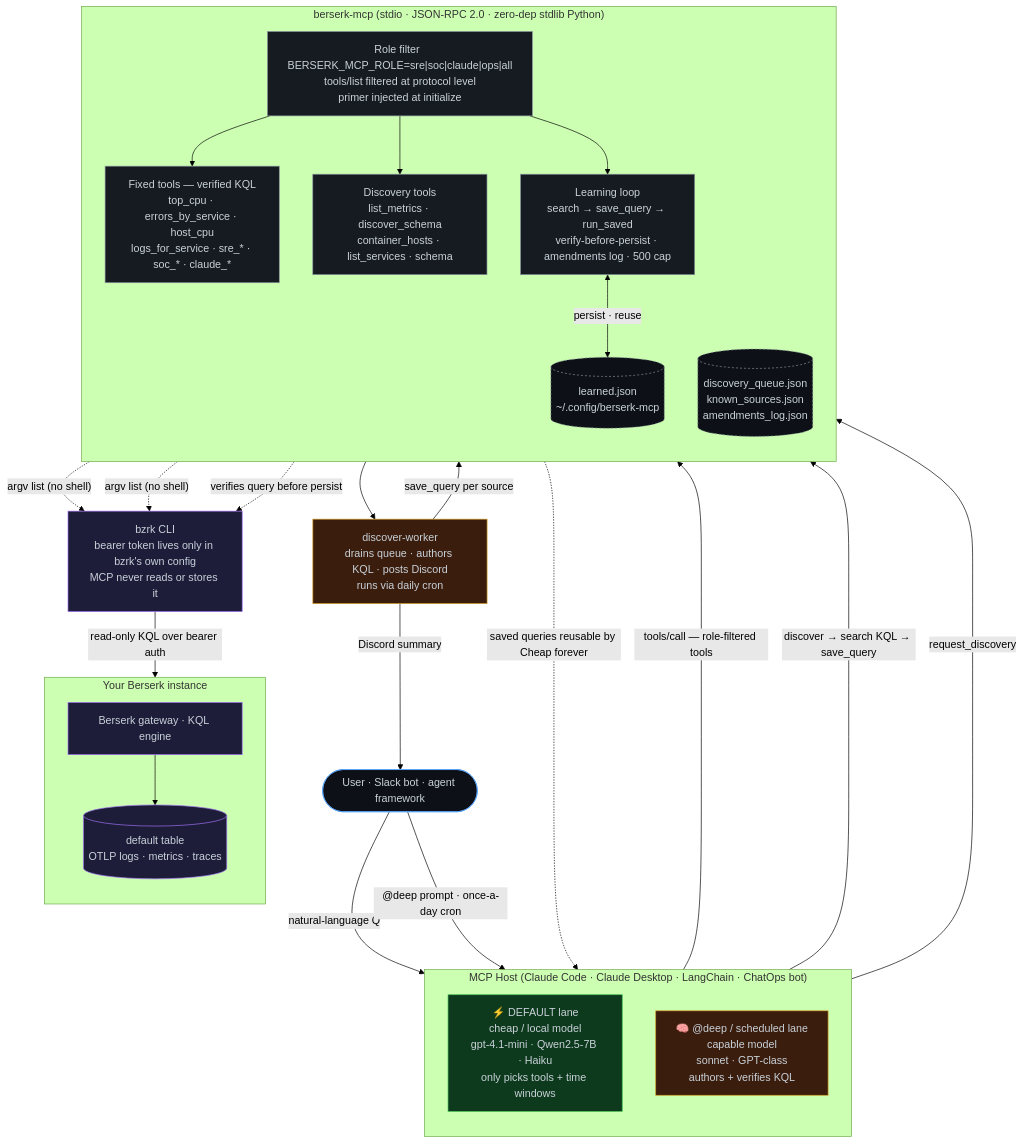
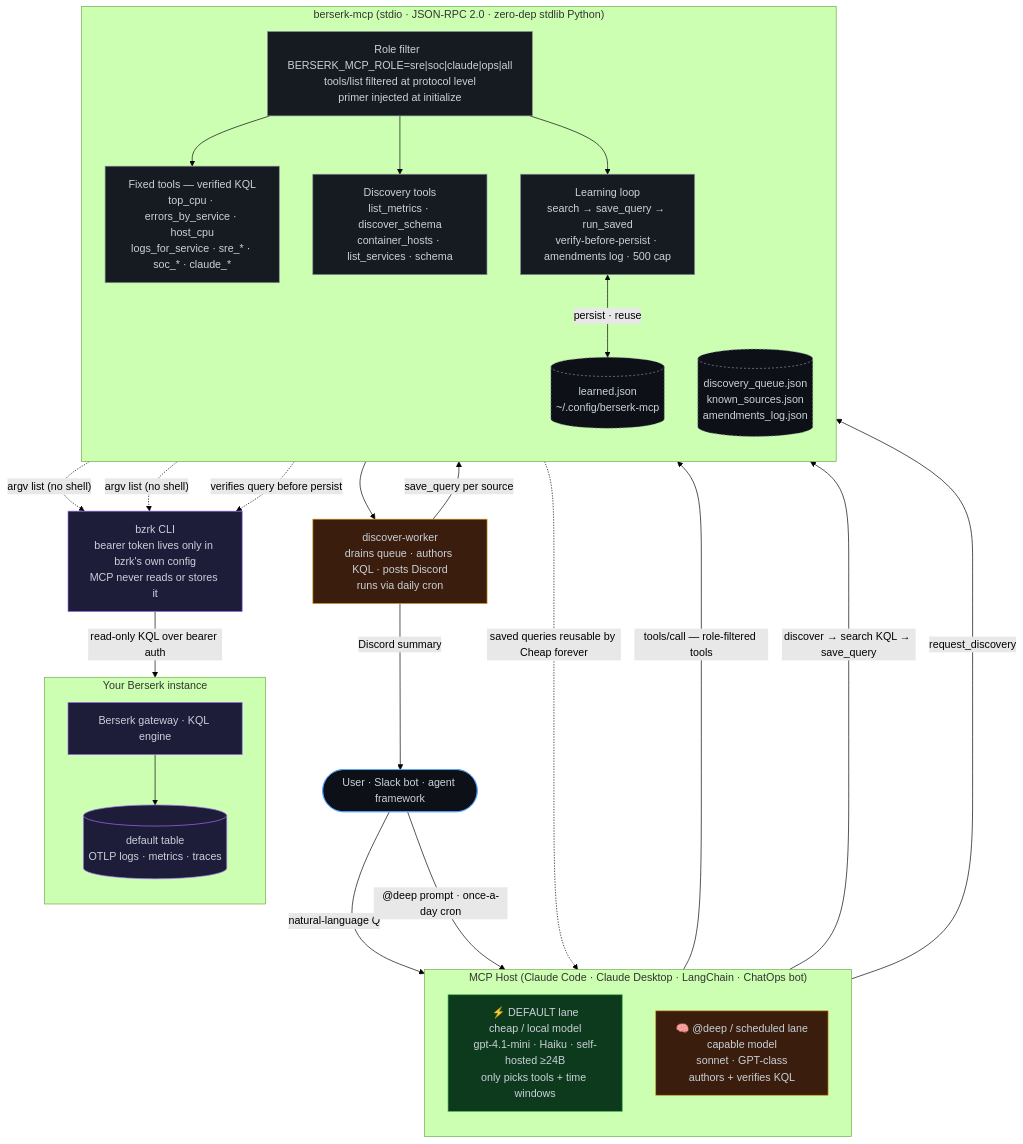
The diagram in README.md (ssimonsen0202/berserk_mcp), drawn with Mermaid (forest theme) before and after one commit. The commit also changed other lines of this file, not shown here.

First line of the commit message:
docs: fix stale claim that a 7B local model gives deterministic answers (#64)

````diff
--- a/README.md
+++ b/README.md
@@ -277,61 +277,61 @@
 ```mermaid
 flowchart TB
   classDef user      fill:#0d1117,stroke:#58a6ff,color:#c9d1d9
   classDef cheap     fill:#0d3a1d,stroke:#3fb950,color:#c9d1d9
   classDef deep      fill:#3a1d0d,stroke:#d29922,color:#c9d1d9
   classDef mcp       fill:#161b22,stroke:#8b949e,color:#c9d1d9
   classDef berserk   fill:#1d1d3a,stroke:#a371f7,color:#c9d1d9
   classDef store     fill:#0d1117,stroke:#8b949e,color:#c9d1d9,stroke-dasharray:3 3
 
   User([User · Slack bot · agent framework]):::user
 
   subgraph H["MCP Host  (Claude Code · Claude Desktop · LangChain · ChatOps bot)"]
     direction TB
-    Cheap["⚡ DEFAULT lane\ncheap / local model\ngpt-4.1-mini · Qwen2.5-7B · Haiku\nonly picks tools + time windows"]:::cheap
+    Cheap["⚡ DEFAULT lane\ncheap / local model\ngpt-4.1-mini · Haiku · self-hosted ≥24B\nonly picks tools + time windows"]:::cheap
     Deep["🧠 @deep / scheduled lane\ncapable model\nsonnet · GPT-class\nauthors + verifies KQL"]:::deep
   end
 
   subgraph M["berserk-mcp  (stdio · JSON-RPC 2.0 · zero-dep stdlib Python)"]
     direction TB
     RoleFilter["Role filter  BERSERK_MCP_ROLE=sre|soc|claude|ops|all\ntools/list filtered at protocol level\nprimer injected at initialize"]:::mcp
     Tools["Fixed tools — verified KQL\ntop_cpu · errors_by_service · host_cpu\nlogs_for_service · sre_* · soc_* · claude_*"]:::mcp
     Disc["Discovery tools\nlist_metrics · discover_schema\ncontainer_hosts · list_services · schema"]:::mcp
     Learn["Learning loop\nsearch → save_query → run_saved\nverify-before-persist · amendments log · 500 cap"]:::mcp
     Queue[("discovery_queue.json\nknown_sources.json\namendments_log.json")]:::store
     Store[("learned.json\n~/.config/berserk-mcp")]:::store
   end
 
   Worker["discover-worker\ndrains queue · authors KQL · posts Discord\nruns via daily cron"]:::deep
   Bzrk["bzrk CLI\nbearer token lives only in bzrk's own config\nMCP never reads or stores it"]:::berserk
 
   subgraph B["Your Berserk instance"]
     direction TB
     Gw["Berserk gateway · KQL engine"]:::berserk
     Tbl[("default table\nOTLP logs · metrics · traces")]:::berserk
   end
 
   User -- "natural-language Q" --> Cheap
   User -- "@deep prompt · once-a-day cron" --> Deep
 
   Cheap -- "tools/call — role-filtered tools" --> RoleFilter
   RoleFilter --> Tools
   RoleFilter --> Disc
   RoleFilter --> Learn
 
   Deep -- "discover → search KQL → save_query" --> Learn
   Deep -- "request_discovery" --> Queue
 
   Queue --> Worker
   Worker -- "save_query per source" --> Learn
   Worker -- "Discord summary" --> User
 
   Tools -. "argv list (no shell)" .-> Bzrk
   Disc  -. "argv list (no shell)" .-> Bzrk
   Learn -. "verifies query before persist" .-> Bzrk
   Learn <-->|persist · reuse| Store
 
   Bzrk -- "read-only KQL over bearer auth" --> Gw
   Gw --> Tbl
 
   Learn -. "saved queries reusable by Cheap forever" .-> Cheap
 ```
````
